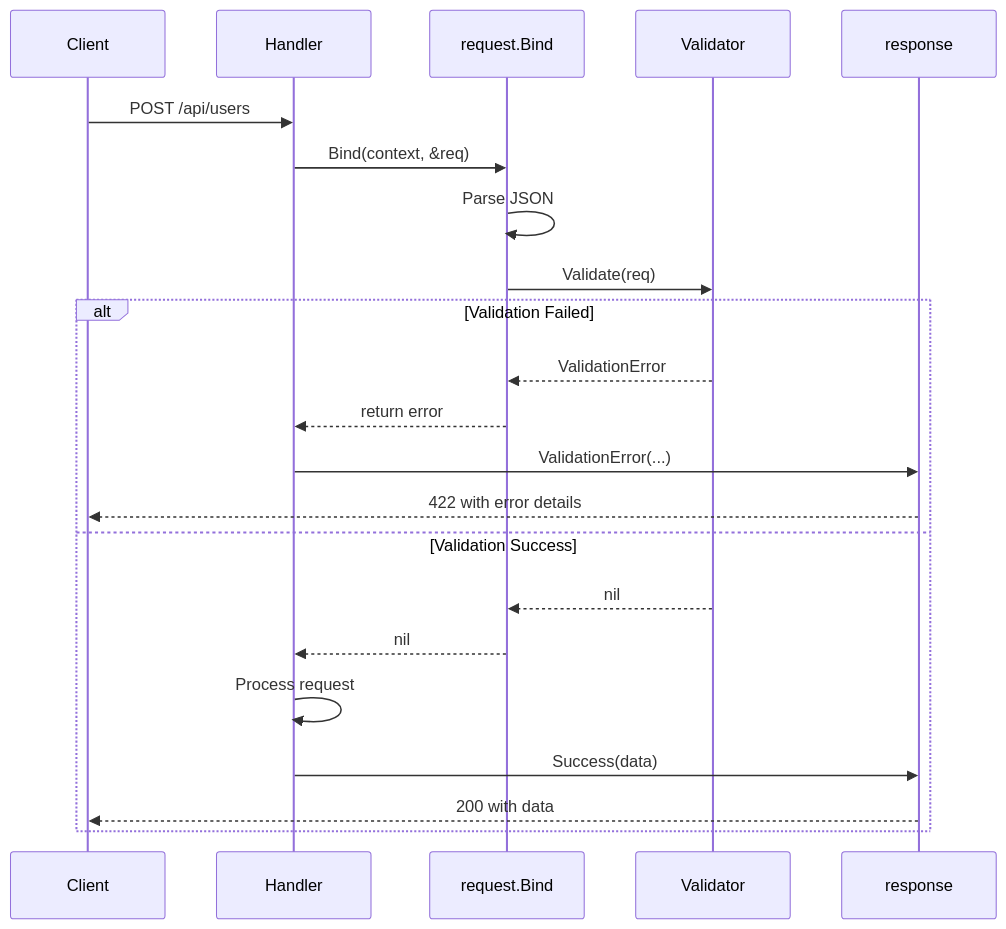
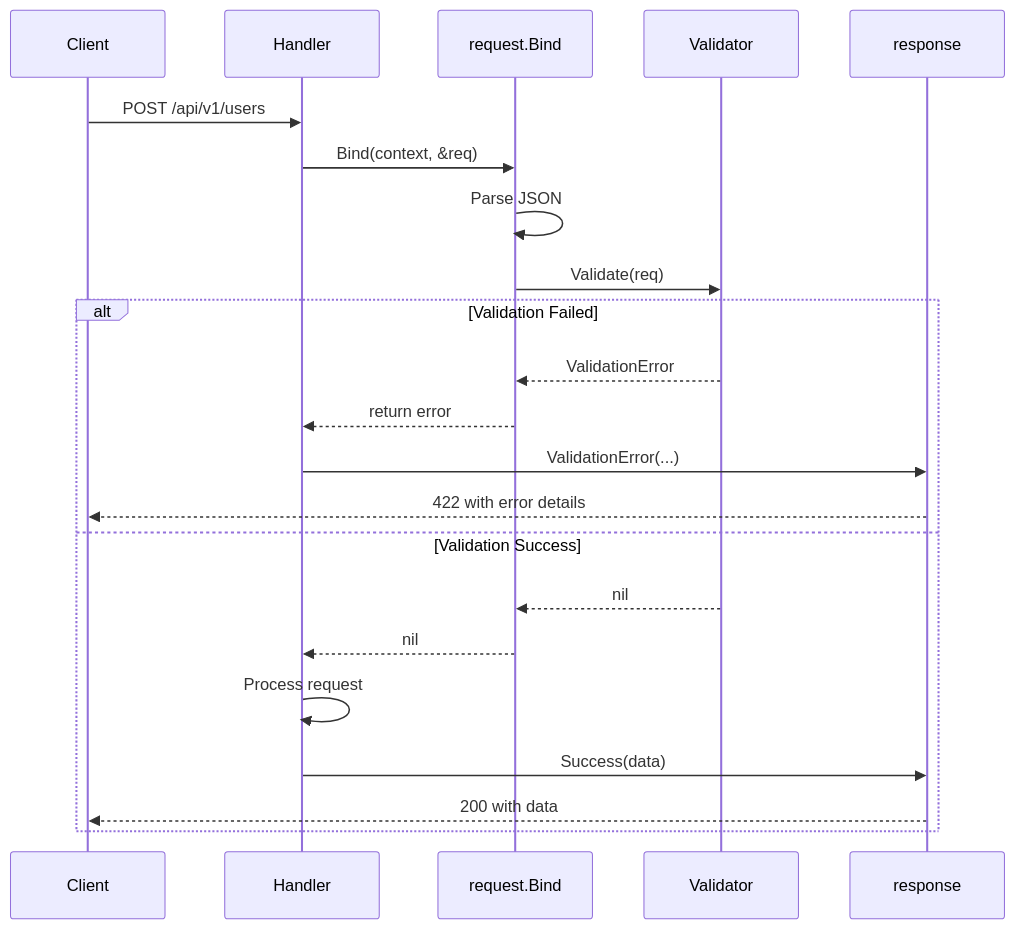
One commit to GabrielTenma/bp-go-def changed the third of 7 diagrams in docs_wiki/ARCHITECTURE_DIAGRAMS.md. Above: the diagram before and after it, drawn with Mermaid. The commit also changed other lines of this file and 19 other files, not shown here.

````diff
--- a/docs_wiki/ARCHITECTURE_DIAGRAMS.md
+++ b/docs_wiki/ARCHITECTURE_DIAGRAMS.md
@@ -65,26 +65,26 @@
 ```mermaid
 sequenceDiagram
     participant C as Client
     participant H as Handler
     participant B as request.Bind
     participant V as Validator
     participant R as response
 
-    C->>H: POST /api/users
+    C->>H: POST /api/v1/users
     H->>B: Bind(context, &req)
     B->>B: Parse JSON
     B->>V: Validate(req)
     
     alt Validation Failed
         V-->>B: ValidationError
         B-->>H: return error
         H->>R: ValidationError(...)
         R-->>C: 422 with error details
     else Validation Success
         V-->>B: nil
         B-->>H: nil
         H->>H: Process request
         H->>R: Success(data)
         R-->>C: 200 with data
     end
 ```
````
